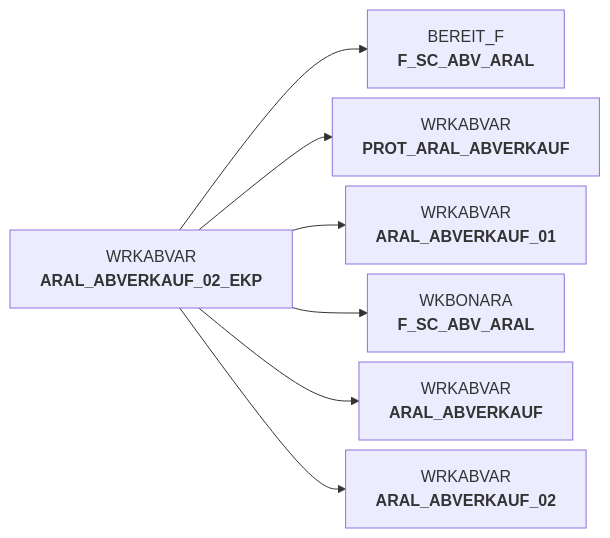
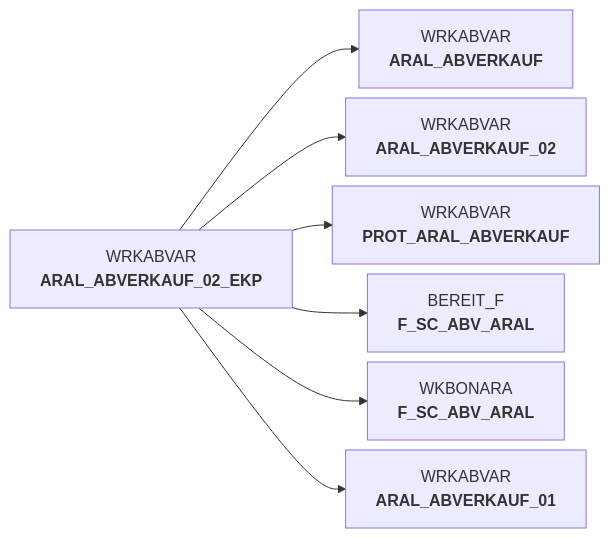
One commit to integration-factory-de/sas_code_docs changed the diagram in docs/Applications/DWABVARAL/abv_aral_bereit.sas.md. Above: the diagram before and after it, drawn with Mermaid. The commit also changed other lines of this file and 129 other files, not shown here.

````diff
--- a/docs/Applications/DWABVARAL/abv_aral_bereit.sas.md
+++ b/docs/Applications/DWABVARAL/abv_aral_bereit.sas.md
@@ -9,19 +41,19 @@
 ```mermaid
 %%{init: {'flowchart': { 'nodeSpacing': 10, 'rankSpacing': 40, 'rankdir': 'TB' }}}%%
 
 flowchart LR
 
-  WRKABVAR.ARAL_ABVERKAUF_02_EKP["WRKABVAR<br/><b>ARAL_ABVERKAUF_02_EKP</b>"] --> BEREIT_F.F_SC_ABV_ARAL["BEREIT_F<br/><b>F_SC_ABV_ARAL</b>"]
-  WRKABVAR.ARAL_ABVERKAUF_02_EKP["WRKABVAR<br/><b>ARAL_ABVERKAUF_02_EKP</b>"] --> WRKABVAR.PROT_ARAL_ABVERKAUF["WRKABVAR<br/><b>PROT_ARAL_ABVERKAUF</b>"]
-  WRKABVAR.ARAL_ABVERKAUF_02_EKP["WRKABVAR<br/><b>ARAL_ABVERKAUF_02_EKP</b>"] --> WRKABVAR.ARAL_ABVERKAUF_01["WRKABVAR<br/><b>ARAL_ABVERKAUF_01</b>"]
-  WRKABVAR.ARAL_ABVERKAUF_02_EKP["WRKABVAR<br/><b>ARAL_ABVERKAUF_02_EKP</b>"] --> WKBONARA.F_SC_ABV_ARAL["WKBONARA<br/><b>F_SC_ABV_ARAL</b>"]
   WRKABVAR.ARAL_ABVERKAUF_02_EKP["WRKABVAR<br/><b>ARAL_ABVERKAUF_02_EKP</b>"] --> WRKABVAR.ARAL_ABVERKAUF["WRKABVAR<br/><b>ARAL_ABVERKAUF</b>"]
   WRKABVAR.ARAL_ABVERKAUF_02_EKP["WRKABVAR<br/><b>ARAL_ABVERKAUF_02_EKP</b>"] --> WRKABVAR.ARAL_ABVERKAUF_02["WRKABVAR<br/><b>ARAL_ABVERKAUF_02</b>"]
+  WRKABVAR.ARAL_ABVERKAUF_02_EKP["WRKABVAR<br/><b>ARAL_ABVERKAUF_02_EKP</b>"] --> WRKABVAR.PROT_ARAL_ABVERKAUF["WRKABVAR<br/><b>PROT_ARAL_ABVERKAUF</b>"]
+  WRKABVAR.ARAL_ABVERKAUF_02_EKP["WRKABVAR<br/><b>ARAL_ABVERKAUF_02_EKP</b>"] --> BEREIT_F.F_SC_ABV_ARAL["BEREIT_F<br/><b>F_SC_ABV_ARAL</b>"]
+  WRKABVAR.ARAL_ABVERKAUF_02_EKP["WRKABVAR<br/><b>ARAL_ABVERKAUF_02_EKP</b>"] --> WKBONARA.F_SC_ABV_ARAL["WKBONARA<br/><b>F_SC_ABV_ARAL</b>"]
+  WRKABVAR.ARAL_ABVERKAUF_02_EKP["WRKABVAR<br/><b>ARAL_ABVERKAUF_02_EKP</b>"] --> WRKABVAR.ARAL_ABVERKAUF_01["WRKABVAR<br/><b>ARAL_ABVERKAUF_01</b>"]
   click WRKABVAR.ARAL_ABVERKAUF_02_EKP "../../tables/WRKABVAR/ARAL_ABVERKAUF_02_EKP"
-  click BEREIT_F.F_SC_ABV_ARAL "../../tables/BEREIT_F/F_SC_ABV_ARAL"
-  click WRKABVAR.PROT_ARAL_ABVERKAUF "../../tables/WRKABVAR/PROT_ARAL_ABVERKAUF"
-  click WRKABVAR.ARAL_ABVERKAUF_01 "../../tables/WRKABVAR/ARAL_ABVERKAUF_01"
-  click WKBONARA.F_SC_ABV_ARAL "../../tables/WKBONARA/F_SC_ABV_ARAL"
   click WRKABVAR.ARAL_ABVERKAUF "../../tables/WRKABVAR/ARAL_ABVERKAUF"
   click WRKABVAR.ARAL_ABVERKAUF_02 "../../tables/WRKABVAR/ARAL_ABVERKAUF_02"
+  click WRKABVAR.PROT_ARAL_ABVERKAUF "../../tables/WRKABVAR/PROT_ARAL_ABVERKAUF"
+  click BEREIT_F.F_SC_ABV_ARAL "../../tables/BEREIT_F/F_SC_ABV_ARAL"
+  click WKBONARA.F_SC_ABV_ARAL "../../tables/WKBONARA/F_SC_ABV_ARAL"
+  click WRKABVAR.ARAL_ABVERKAUF_01 "../../tables/WRKABVAR/ARAL_ABVERKAUF_01"
 ```
````
